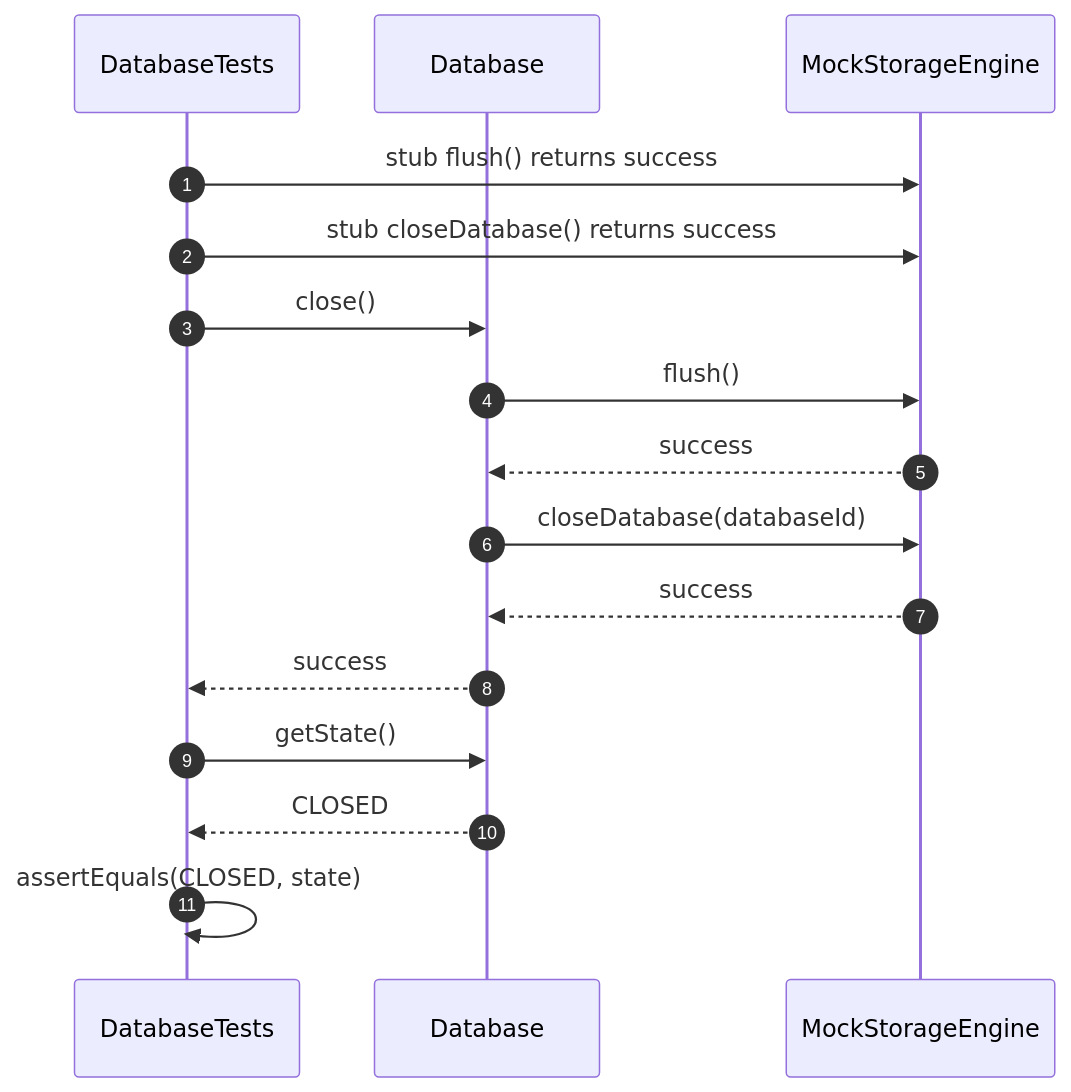
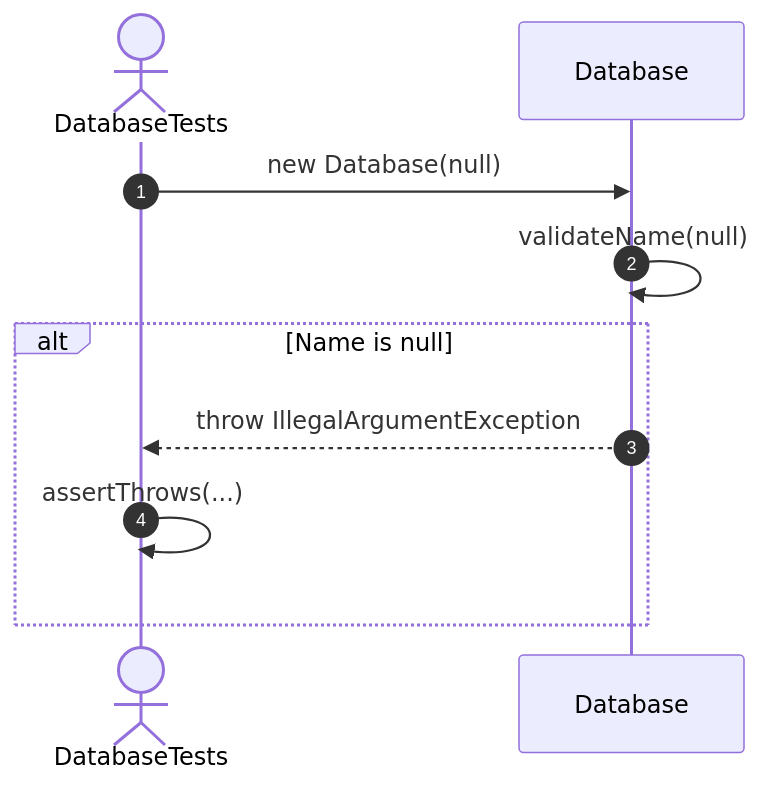
Before and after one commit to FhuAnn/-bbv-AN-s-DBMS: the fifth of 41 diagrams in src/tests/unit/database/sequences/database-testing.se.md, drawn with Mermaid. The commit also changed other lines of this file and 60 other files, not shown here.

````diff
--- a/src/tests/unit/database/sequences/database-testing.se.md
+++ b/src/tests/unit/database/sequences/database-testing.se.md
@@ -106,25 +134,15 @@
 ```mermaid
 sequenceDiagram
     autonumber
 
-    participant Test as DatabaseTests
-    participant Database
-    participant Storage as MockStorageEngine
+    actor Test as DatabaseTests
+    participant DB as Database
 
-    Test->>Storage: stub flush() returns success
-    Test->>Storage: stub closeDatabase() returns success
-    Test->>Database: close()
+    Test->>DB: new Database(null)
+    DB->>DB: validateName(null)
 
-    Database->>Storage: flush()
-    Storage-->>Database: success
-
-    Database->>Storage: closeDatabase(databaseId)
-    Storage-->>Database: success
-
-    Database-->>Test: success
-
-    Test->>Database: getState()
-    Database-->>Test: CLOSED
-
-    Test->>Test: assertEquals(CLOSED, state)
+    alt Name is null
+        DB-->>Test: throw IllegalArgumentException
+        Test->>Test: assertThrows(...)
+    end
 ```
````
